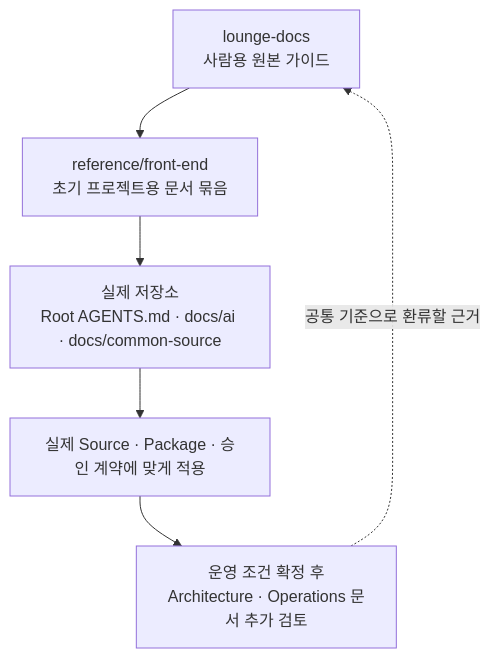
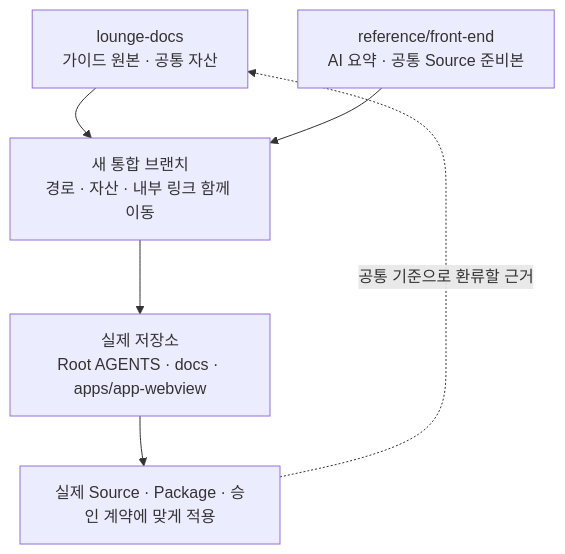
The second of 2 diagrams in briefing/draft.md (minsukong/lounge-docs), drawn with Mermaid before and after one commit. The commit also changed other lines of this file and 4 other files, not shown here.

````diff
--- a/briefing/draft.md
+++ b/briefing/draft.md
@@ -476,10 +474,10 @@
 ```mermaid
 flowchart TD
   accTitle: 가이드 저장소에서 실제 프로젝트 문서로 이동하는 흐름
-  accDescr: 현재 가이드 원본에서 실제 프로젝트용 reference 문서를 준비하고, 프로젝트가 생성되면 Root AGENTS와 docs로 옮겨 실제 소스와 패키지에 맞게 수정하며, 운영 조건이 확정된 뒤 Architecture와 Operations 문서를 추가하고 공통 개선점을 원본 가이드로 되돌립니다.
-  A["lounge-docs<br/>사람용 원본 가이드"] --> B["reference/front-end<br/>초기 프로젝트용 문서 묶음"]
-  B --> C["실제 저장소<br/>Root AGENTS.md · docs/ai · docs/common-source"]
+  accDescr: 현재 가이드 원본과 reference 준비 문서를 새 Front-end 저장소의 Root AGENTS, docs와 app-webview로 한 번에 통합하고, 실제 소스와 패키지 및 승인 계약에 맞게 적용한 뒤 공통 개선 근거를 가이드 원본으로 되돌립니다.
+  A["lounge-docs<br/>가이드 원본 · 공통 자산"] --> B["새 통합 브랜치<br/>경로 · 자산 · 내부 링크 함께 이동"]
+  R["reference/front-end<br/>AI 요약 · 공통 Source 준비본"] --> B
+  B --> C["실제 저장소<br/>Root AGENTS · docs · apps/app-webview"]
   C --> D["실제 Source · Package · 승인 계약에 맞게 적용"]
-  D --> E["운영 조건 확정 후<br/>Architecture · Operations 문서 추가 검토"]
-  E -.->|"공통 기준으로 환류할 근거"| A
+  D -.->|"공통 기준으로 환류할 근거"| A
 ```
````
